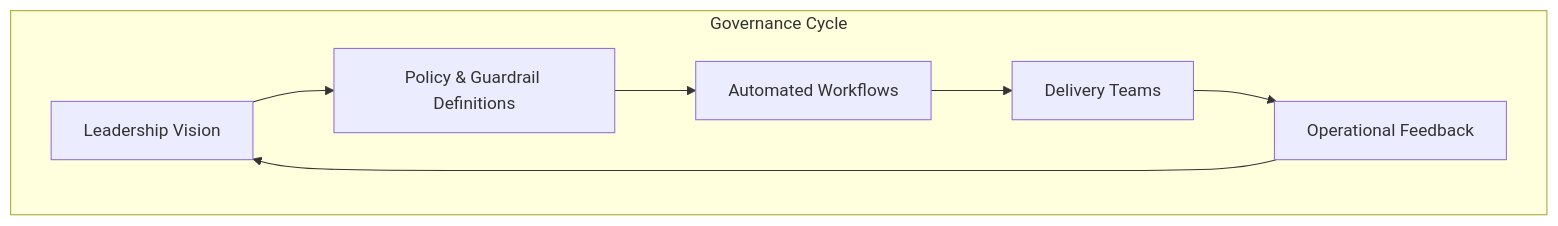
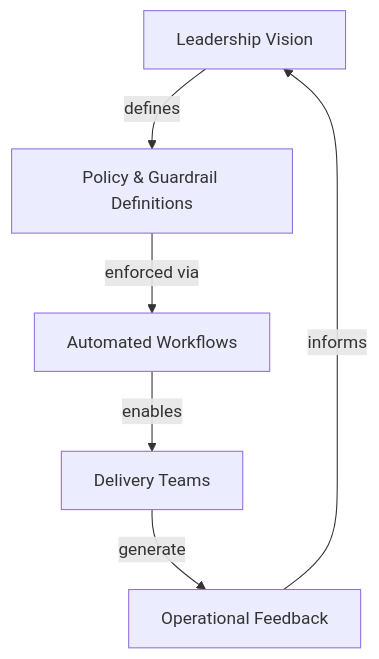
Before and after one commit to Geonitab/architecture_as_code: the diagram in docs/images/diagram_19_management_overview.mmd, drawn with Mermaid. The commit also changed 7 other files, not shown here.

```diff
--- a/docs/images/diagram_19_management_overview.mmd
+++ b/docs/images/diagram_19_management_overview.mmd
@@ -1,21 +1,13 @@
-%% Diagram: Management as Code overview
+%% Diagram: Management as Code governance cycle — Leadership Vision flows through policy, automation and delivery back to continuous feedback
 flowchart TD
     Vision[Leadership Vision]:::kv-primary
     Guardrails[Policy & Guardrail Definitions]:::kv-accent
     Automation[Automated Workflows]:::kv-accent
     Teams[Delivery Teams]:::kv-highlight
     Feedback[Operational Feedback]:::kv-highlight
 
-    Vision --> Guardrails
-    Guardrails --> Automation
-    Automation --> Teams
-    Teams --> Feedback
-    Feedback --> Vision
-
-    subgraph Governance Cycle
-        Vision
-        Guardrails
-        Automation
-        Teams
-        Feedback
-    end
+    Vision -->|defines| Guardrails
+    Guardrails -->|enforced via| Automation
+    Automation -->|enables| Teams
+    Teams -->|generate| Feedback
+    Feedback -->|informs| Vision
```
